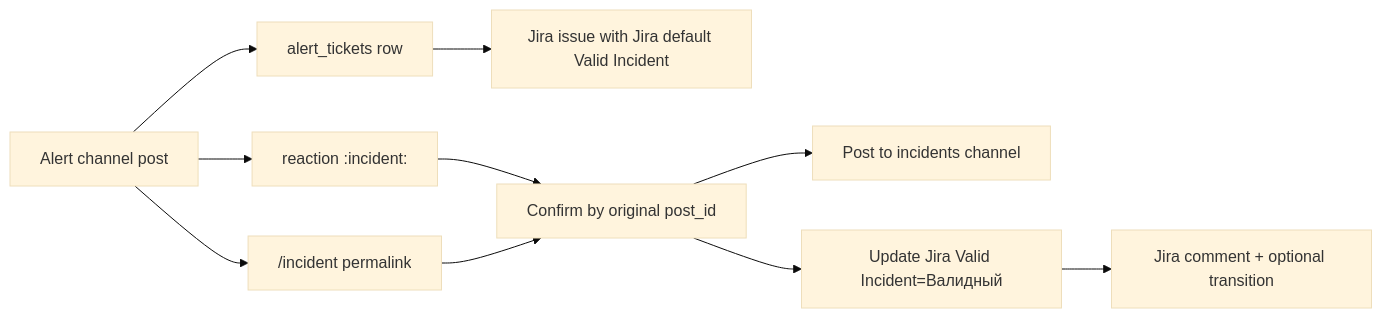
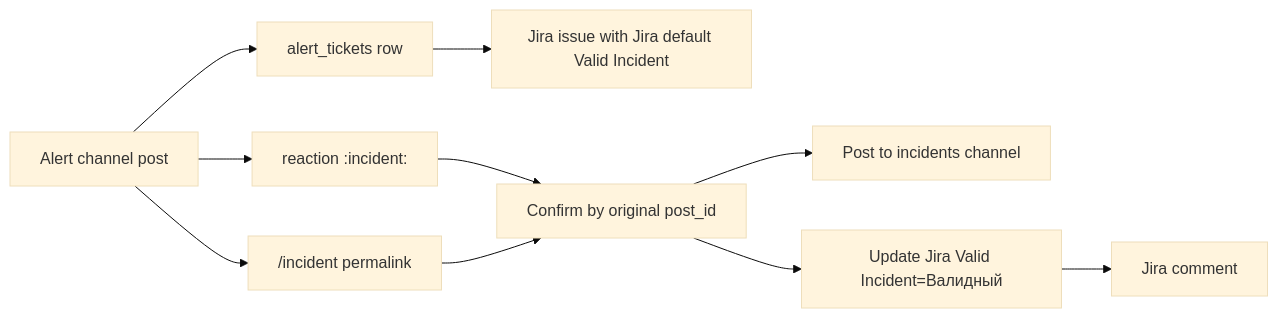
Before and after one commit to nytera/jira-mattermost: the diagram in README.md, drawn with Mermaid (base theme). The commit also changed other lines of this file and 14 other files, not shown here.

````diff
--- a/README.md
+++ b/README.md
@@ -26,12 +26,12 @@
 ```mermaid
 flowchart LR
   A["Alert channel post"] --> B["alert_tickets row"]
   B --> C["Jira issue with Jira default Valid Incident"]
   A --> D["reaction :incident:"]
   A --> E["/incident permalink"]
   D --> F["Confirm by original post_id"]
   E --> F
   F --> G["Post to incidents channel"]
   F --> H["Update Jira Valid Incident=Валидный"]
-  H --> I["Jira comment + optional transition"]
+  H --> I["Jira comment"]
 ```
````
